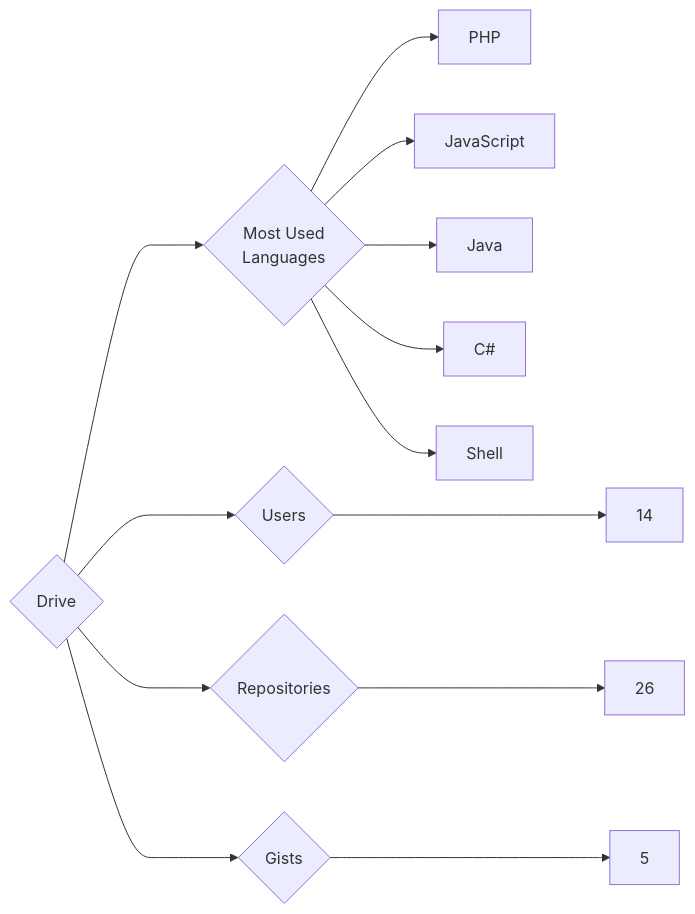
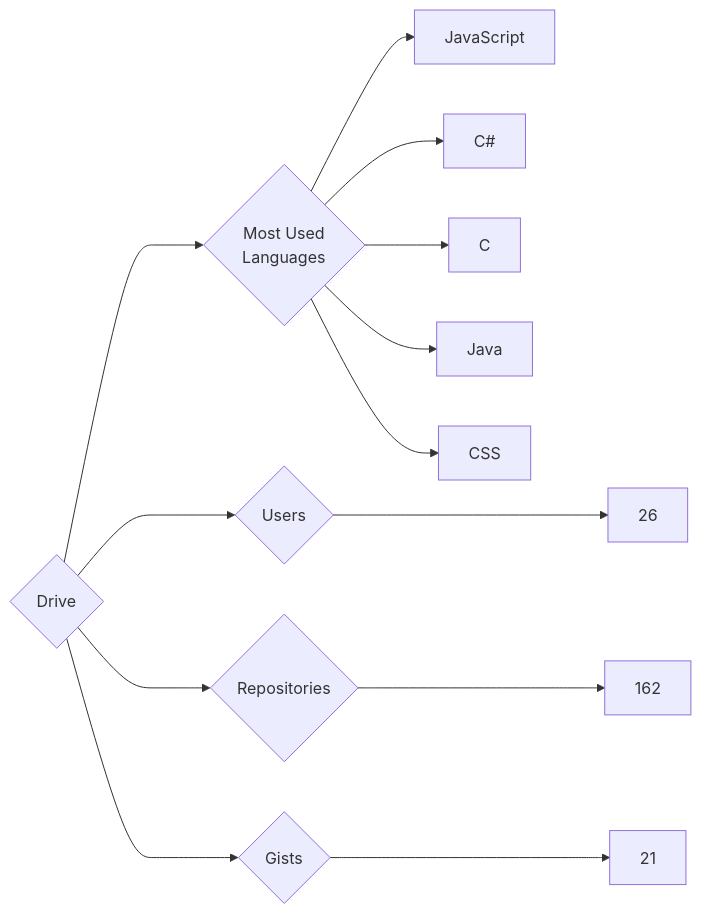
Before and after one commit to trickest/insiders: the diagram in targets/Drive/README.md, drawn with Mermaid. The commit also changed 714 other files, not shown here.

````diff
--- a/targets/Drive/README.md
+++ b/targets/Drive/README.md
@@ -3,13 +3,13 @@
 ```mermaid
 graph LR
 COMPANY_NAME{Drive}
-COMPANY_NAME ---> U{Users} ---> UN[14]
-COMPANY_NAME ---> R{Repositories} ---> RN[26]
-COMPANY_NAME ---> G{Gists} ---> GN[5]
+COMPANY_NAME ---> U{Users} ---> UN[26]
+COMPANY_NAME ---> R{Repositories} ---> RN[162]
+COMPANY_NAME ---> G{Gists} ---> GN[21]
 COMPANY_NAME ---> ML{Most Used<br>Languages}
-ML --> PHP[PHP]
 ML --> JavaScript[JavaScript]
+ML --> C#[C#]
+ML --> C[C]
 ML --> Java[Java]
-ML --> C#[C#]
-ML --> Shell[Shell]
+ML --> CSS[CSS]
 ```
````
